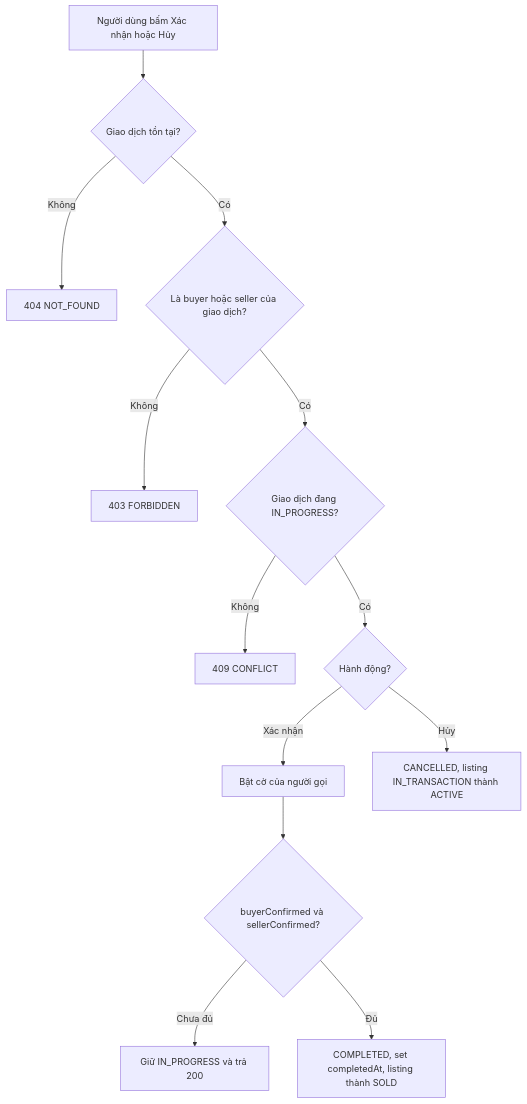
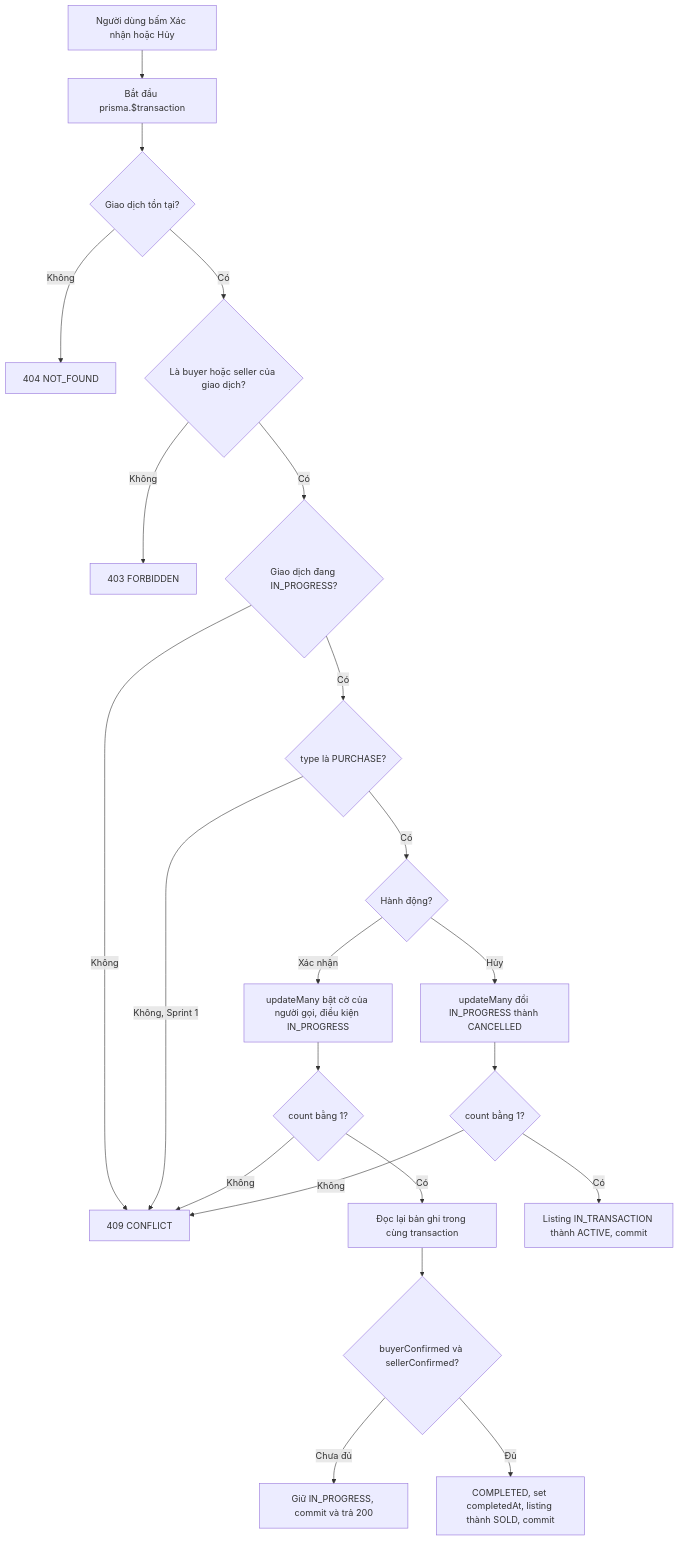
One commit to NgDucNguyen/IT3180_Nhom_5 changed the fourth of 5 diagrams in docs/srs/module-tv6-transaction.md. Above: the diagram before and after it, drawn with Mermaid. The commit also changed other lines of this file, not shown here.

Commit message:
docs(transaction): hoàn thiện bản cuối SRS module Giao dịch [TV6]

````diff
--- a/docs/srs/module-tv6-transaction.md
+++ b/docs/srs/module-tv6-transaction.md
@@ -75,15 +80,24 @@
 ```mermaid
 flowchart TD
-    A["Người dùng bấm Xác nhận hoặc Hủy"] --> B{"Giao dịch tồn tại?"}
+    A["Người dùng bấm Xác nhận hoặc Hủy"] --> T["Bắt đầu prisma.$transaction"]
+    T --> B{"Giao dịch tồn tại?"}
     B -- Không --> E1["404 NOT_FOUND"]
     B -- Có --> C{"Là buyer hoặc seller của giao dịch?"}
     C -- Không --> E2["403 FORBIDDEN"]
     C -- Có --> D{"Giao dịch đang IN_PROGRESS?"}
     D -- Không --> E3["409 CONFLICT"]
-    D -- Có --> F{"Hành động?"}
-    F -- Xác nhận --> G["Bật cờ của người gọi"]
-    G --> H{"buyerConfirmed và sellerConfirmed?"}
-    H -- Chưa đủ --> I["Giữ IN_PROGRESS và trả 200"]
-    H -- Đủ --> J["COMPLETED, set completedAt, listing thành SOLD"]
-    F -- Hủy --> K["CANCELLED, listing IN_TRANSACTION thành ACTIVE"]
+    D -- Có --> Y{"type là PURCHASE?"}
+    Y -- Không, Sprint 1 --> E3
+    Y -- Có --> F{"Hành động?"}
+    F -- Xác nhận --> G["updateMany bật cờ của người gọi, điều kiện IN_PROGRESS"]
+    G --> G2{"count bằng 1?"}
+    G2 -- Không --> E3
+    G2 -- Có --> R["Đọc lại bản ghi trong cùng transaction"]
+    R --> H{"buyerConfirmed và sellerConfirmed?"}
+    H -- Chưa đủ --> I["Giữ IN_PROGRESS, commit và trả 200"]
+    H -- Đủ --> J["COMPLETED, set completedAt, listing thành SOLD, commit"]
+    F -- Hủy --> K1["updateMany đổi IN_PROGRESS thành CANCELLED"]
+    K1 --> K2{"count bằng 1?"}
+    K2 -- Không --> E3
+    K2 -- Có --> K["Listing IN_TRANSACTION thành ACTIVE, commit"]
 ```
````
